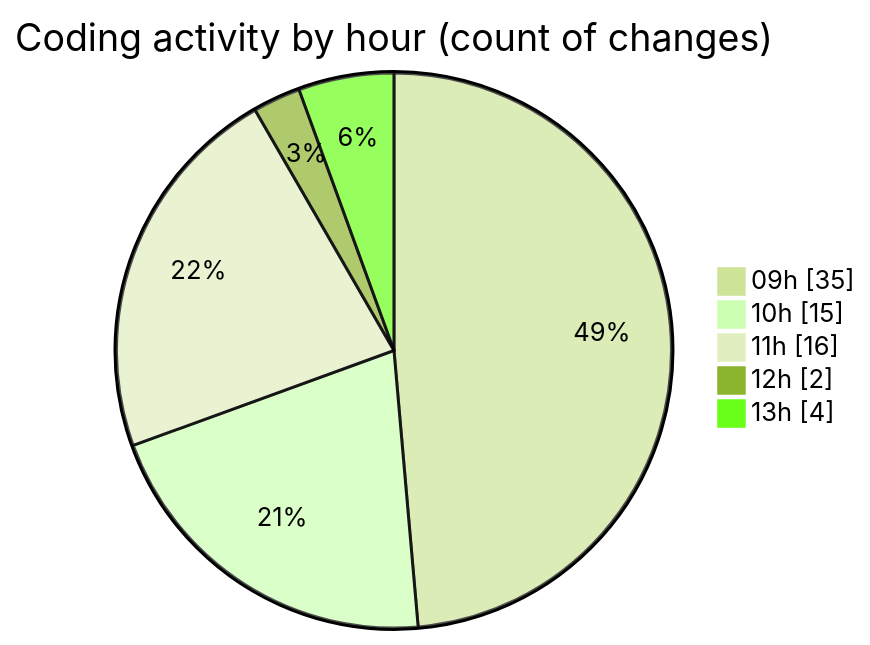
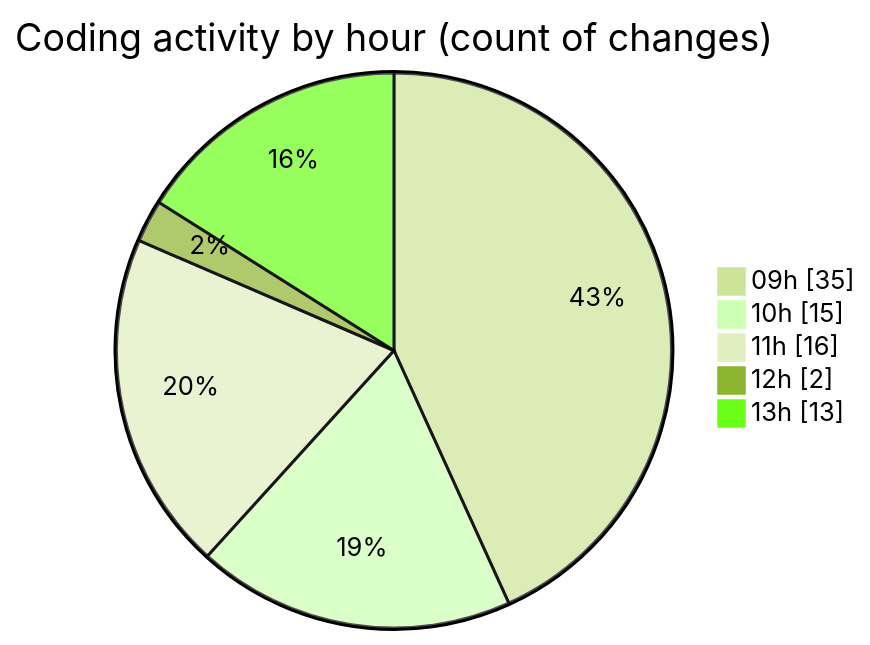
The second of 2 diagrams in 2026-09-14/cda/README.md (momahboobian/code-tracking), drawn with Mermaid (forest theme) before and after one commit. The commit also changed other lines of this file and 1 other file, not shown here.

````diff
--- a/2026-09-14/cda/README.md
+++ b/2026-09-14/cda/README.md
@@ -58,9 +60,9 @@
 ```mermaid
 pie showData
 title Coding activity by hour (count of changes)
 "09h" : 35
 "10h" : 15
 "11h" : 16
 "12h" : 2
-"13h" : 4
+"13h" : 13
 ```
````
